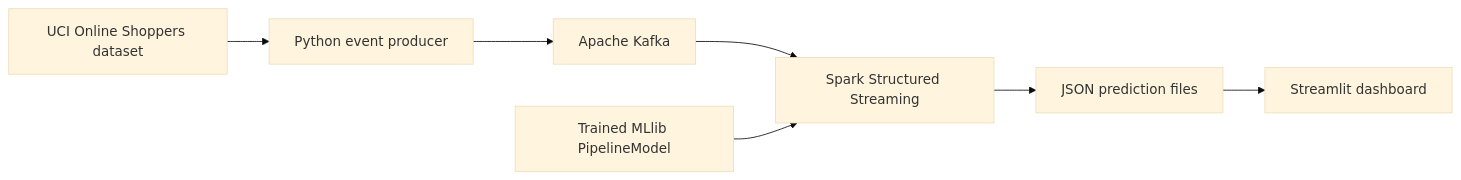
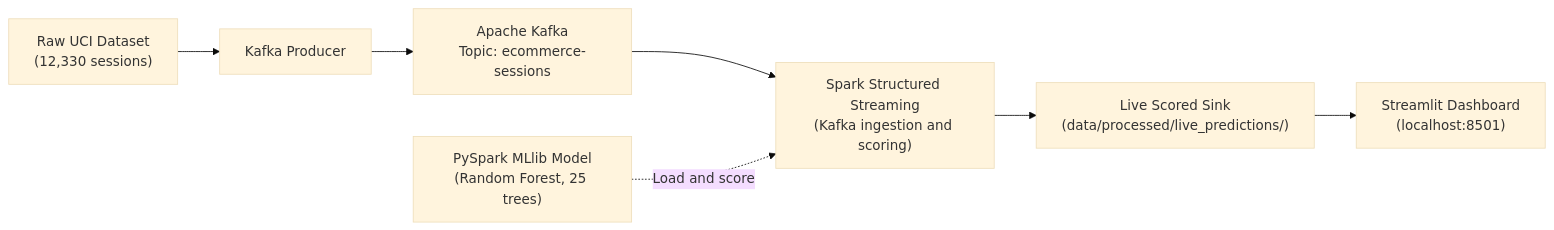
The diagram in README.md (vivekkrs/Real-Time-E-Commerce-Analytics-Customer-Purchase-Prediction-Platform), drawn with Mermaid (base theme) before and after one commit. The commit also changed other lines of this file, not shown here.

Commit message:
Align README with project architecture

````diff
--- a/README.md
+++ b/README.md
@@ -9,9 +11,9 @@
 ```mermaid
 flowchart LR
-    A["UCI Online Shoppers dataset"] --> B["Python event producer"]
-    B --> C["Apache Kafka"]
-    C --> D["Spark Structured Streaming"]
-    E["Trained MLlib PipelineModel"] --> D
-    D --> F["JSON prediction files"]
-    F --> G["Streamlit dashboard"]
+    A["Raw UCI Dataset<br/>(12,330 sessions)"] --> B["Kafka Producer"]
+    B --> C["Apache Kafka<br/>Topic: ecommerce-sessions"]
+    C --> D["Spark Structured Streaming<br/>(Kafka ingestion and scoring)"]
+    E["PySpark MLlib Model<br/>(Random Forest, 25 trees)"] -.->|Load and score| D
+    D --> F["Live Scored Sink<br/>(data/processed/live_predictions/)"]
+    F --> G["Streamlit Dashboard<br/>(localhost:8501)"]
 ```
````
